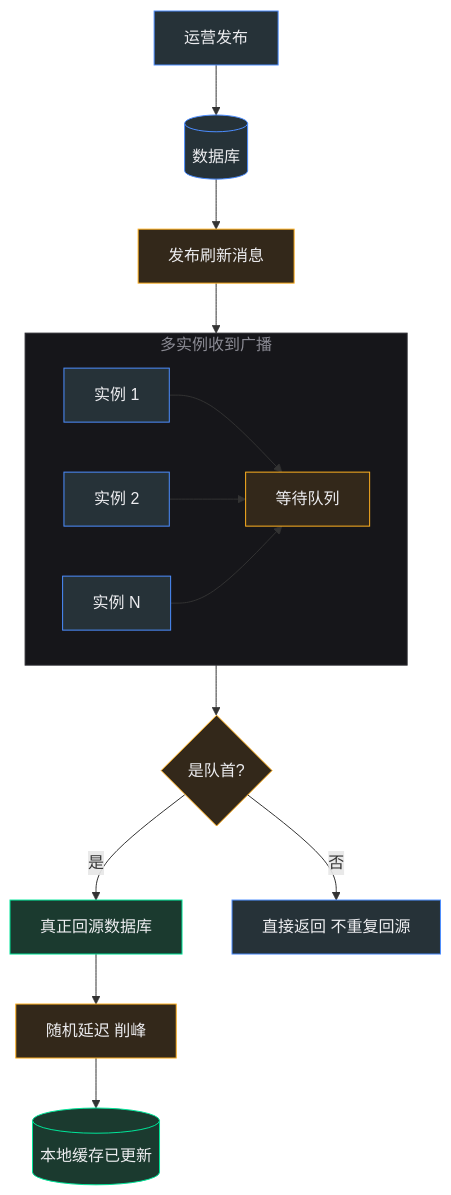
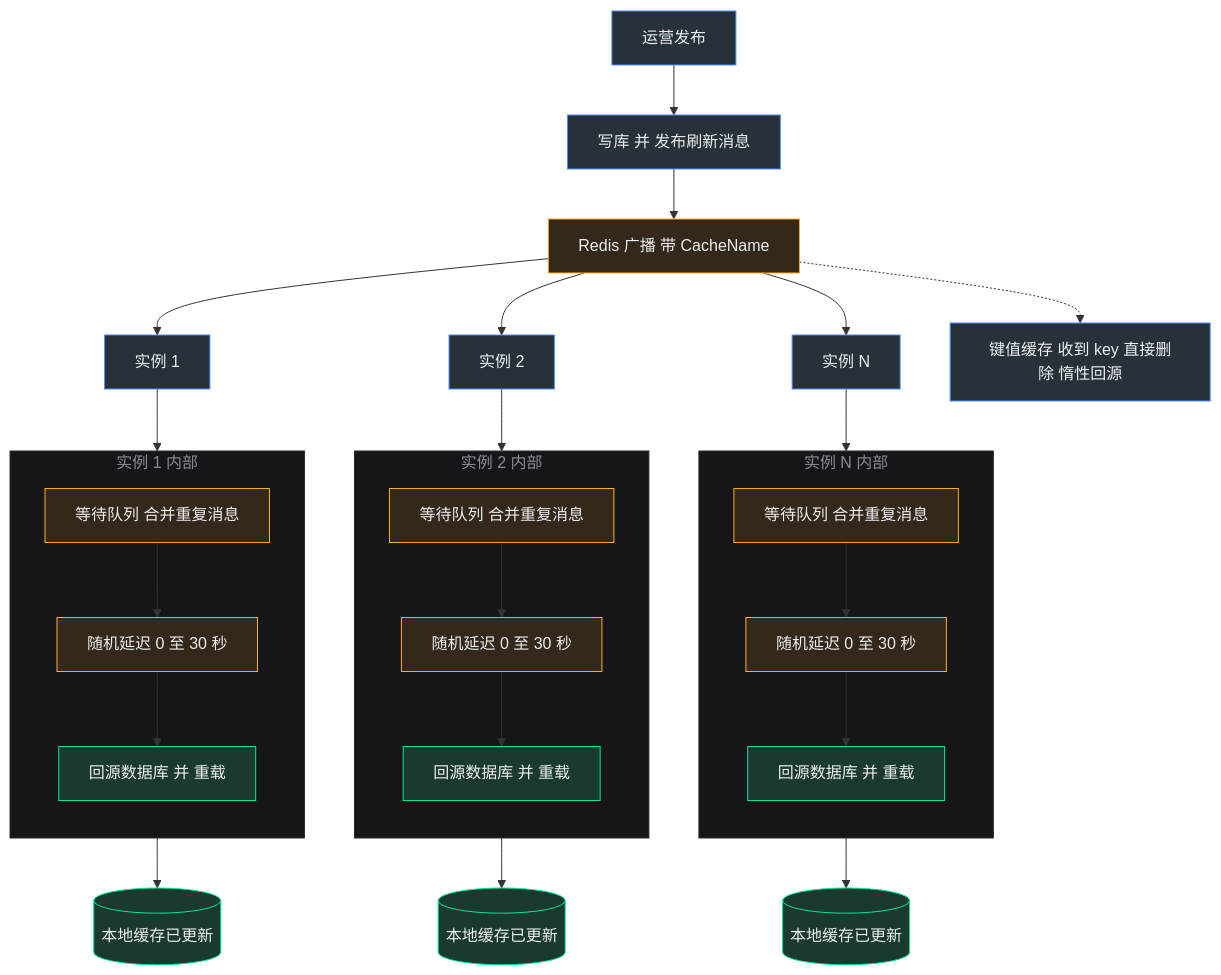
One commit to 1213637677/blake-website changed the diagram in diagrams/07-cache-refresh.mmd. Above: the diagram before and after it, drawn with Mermaid. The commit also changed 2 other files, not shown here.

Commit message:
docs: 缓存博客改名并按源码重写，修正刷新合并图

```diff
--- a/diagrams/07-cache-refresh.mmd
+++ b/diagrams/07-cache-refresh.mmd
@@ -1,28 +1,53 @@
 flowchart TB
-    OPS[运营发布] --> DB[(数据库)]
-    DB --> PUB[发布刷新消息]
-    subgraph N[多实例收到广播]
-        direction LR
-        N1[实例 1] --> Q[等待队列]
-        N2[实例 2] --> Q
-        N3[实例 N] --> Q
+    OPS[运营发布] --> WRITE[写库 并 发布刷新消息]
+    WRITE --> PUB[Redis 广播 带 CacheName]
+    PUB --> I1[实例 1]
+    PUB --> I2[实例 2]
+    PUB --> I3[实例 N]
+    subgraph S1[实例 1 内部]
+        direction TB
+        Q1[等待队列 合并重复消息]
+        Q1 --> D1[随机延迟 0 至 30 秒]
+        D1 --> R1[回源数据库 并 重载]
     end
-    PUB --> N
-    Q --> HEAD{是队首?}
-    HEAD -->|是| RELOAD[真正回源数据库]
-    HEAD -->|否| SKIP[直接返回 不重复回源]
-    RELOAD --> DELAY[随机延迟 削峰]
-    DELAY --> CACHE[(本地缓存已更新)]
+    subgraph S2[实例 2 内部]
+        direction TB
+        Q2[等待队列 合并重复消息]
+        Q2 --> D2[随机延迟 0 至 30 秒]
+        D2 --> R2[回源数据库 并 重载]
+    end
+    subgraph S3[实例 N 内部]
+        direction TB
+        Q3[等待队列 合并重复消息]
+        Q3 --> D3[随机延迟 0 至 30 秒]
+        D3 --> R3[回源数据库 并 重载]
+    end
+    I1 --> Q1
+    I2 --> Q2
+    I3 --> Q3
+    R1 --> C1[(本地缓存已更新)]
+    R2 --> C2[(本地缓存已更新)]
+    R3 --> C3[(本地缓存已更新)]
+    PUB -.-> KV[键值缓存 收到 key 直接删除 惰性回源]
     style OPS fill:#263238,stroke:#4c8dff,color:#ededf0
-    style DB fill:#263238,stroke:#4c8dff,color:#ededf0
+    style WRITE fill:#263238,stroke:#4c8dff,color:#ededf0
     style PUB fill:#33281a,stroke:#ffb020,color:#ededf0
-    style N fill:#16161a,stroke:#2a2a30,color:#8b8b94
-    style N1 fill:#263238,stroke:#4c8dff,color:#ededf0
-    style N2 fill:#263238,stroke:#4c8dff,color:#ededf0
-    style N3 fill:#263238,stroke:#4c8dff,color:#ededf0
-    style Q fill:#33281a,stroke:#ffb020,color:#ededf0
-    style HEAD fill:#33281a,stroke:#ffb020,color:#ededf0
-    style RELOAD fill:#1b3a2f,stroke:#00e599,color:#ededf0
-    style SKIP fill:#263238,stroke:#4c8dff,color:#ededf0
-    style DELAY fill:#33281a,stroke:#ffb020,color:#ededf0
-    style CACHE fill:#1b3a2f,stroke:#00e599,color:#ededf0
+    style I1 fill:#263238,stroke:#4c8dff,color:#ededf0
+    style I2 fill:#263238,stroke:#4c8dff,color:#ededf0
+    style I3 fill:#263238,stroke:#4c8dff,color:#ededf0
+    style S1 fill:#16161a,stroke:#2a2a30,color:#8b8b94
+    style S2 fill:#16161a,stroke:#2a2a30,color:#8b8b94
+    style S3 fill:#16161a,stroke:#2a2a30,color:#8b8b94
+    style Q1 fill:#33281a,stroke:#ffb020,color:#ededf0
+    style Q2 fill:#33281a,stroke:#ffb020,color:#ededf0
+    style Q3 fill:#33281a,stroke:#ffb020,color:#ededf0
+    style D1 fill:#33281a,stroke:#ffb020,color:#ededf0
+    style D2 fill:#33281a,stroke:#ffb020,color:#ededf0
+    style D3 fill:#33281a,stroke:#ffb020,color:#ededf0
+    style R1 fill:#1b3a2f,stroke:#00e599,color:#ededf0
+    style R2 fill:#1b3a2f,stroke:#00e599,color:#ededf0
+    style R3 fill:#1b3a2f,stroke:#00e599,color:#ededf0
+    style C1 fill:#1b3a2f,stroke:#00e599,color:#ededf0
+    style C2 fill:#1b3a2f,stroke:#00e599,color:#ededf0
+    style C3 fill:#1b3a2f,stroke:#00e599,color:#ededf0
+    style KV fill:#263238,stroke:#4c8dff,color:#ededf0
```
